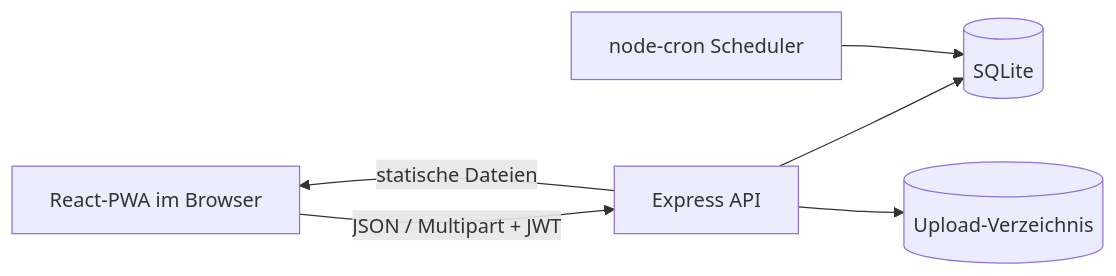
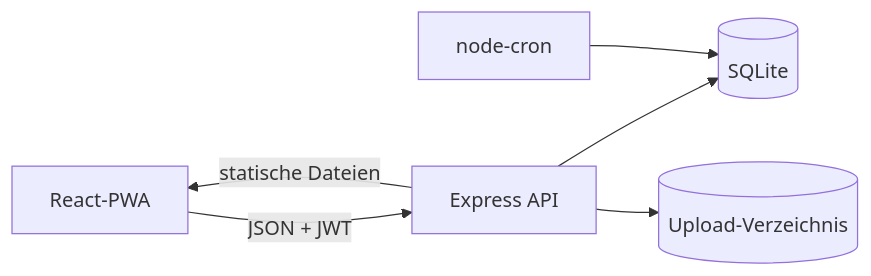
The diagram in README.md (oliverbenduhn/tabletto), drawn with Mermaid before and after one commit. The commit also changed other lines of this file and 1 other file, not shown here.

````diff
--- a/README.md
+++ b/README.md
@@ -152,8 +128,8 @@
 ```mermaid
 flowchart LR
-    Browser[React-PWA im Browser] -->|JSON / Multipart + JWT| API[Express API]
+    Browser[React-PWA] -->|JSON + JWT| API[Express API]
     API --> DB[(SQLite)]
     API --> Files[(Upload-Verzeichnis)]
-    Scheduler[node-cron Scheduler] --> DB
+    Cron[node-cron] --> DB
     API -->|statische Dateien| Browser
 ```
````
